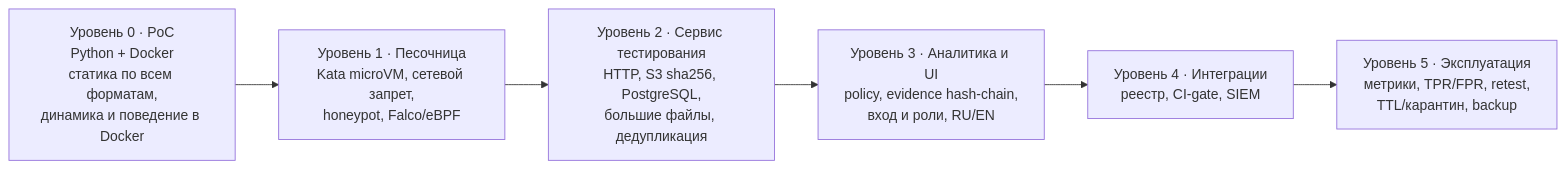
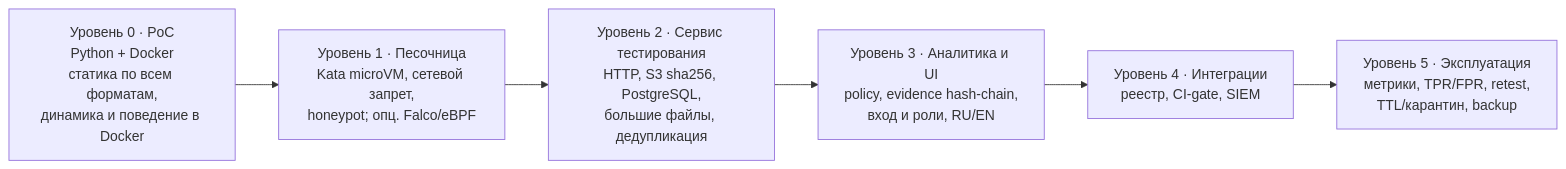
The second of 2 diagrams in README.md (pol4/MLScan), drawn with Mermaid before and after one commit. The commit also changed other lines of this file and 7 other files, not shown here.

````diff
--- a/README.md
+++ b/README.md
@@ -53,10 +53,10 @@
 ```mermaid
 flowchart LR
   L0["Уровень 0 · PoC<br/>Python + Docker<br/>статика по всем форматам,<br/>динамика и поведение в Docker"]
-  L1["Уровень 1 · Песочница<br/>Kata microVM, сетевой запрет,<br/>honeypot, Falco/eBPF"]
+  L1["Уровень 1 · Песочница<br/>Kata microVM, сетевой запрет,<br/>honeypot; опц. Falco/eBPF"]
   L2["Уровень 2 · Сервис тестирования<br/>HTTP, S3 sha256, PostgreSQL,<br/>большие файлы, дедупликация"]
   L3["Уровень 3 · Аналитика и UI<br/>policy, evidence hash-chain,<br/>вход и роли, RU/EN"]
   L4["Уровень 4 · Интеграции<br/>реестр, CI-gate, SIEM"]
   L5["Уровень 5 · Эксплуатация<br/>метрики, TPR/FPR, retest,<br/>TTL/карантин, backup"]
   L0 --> L1 --> L2 --> L3 --> L4 --> L5
 ```
````
